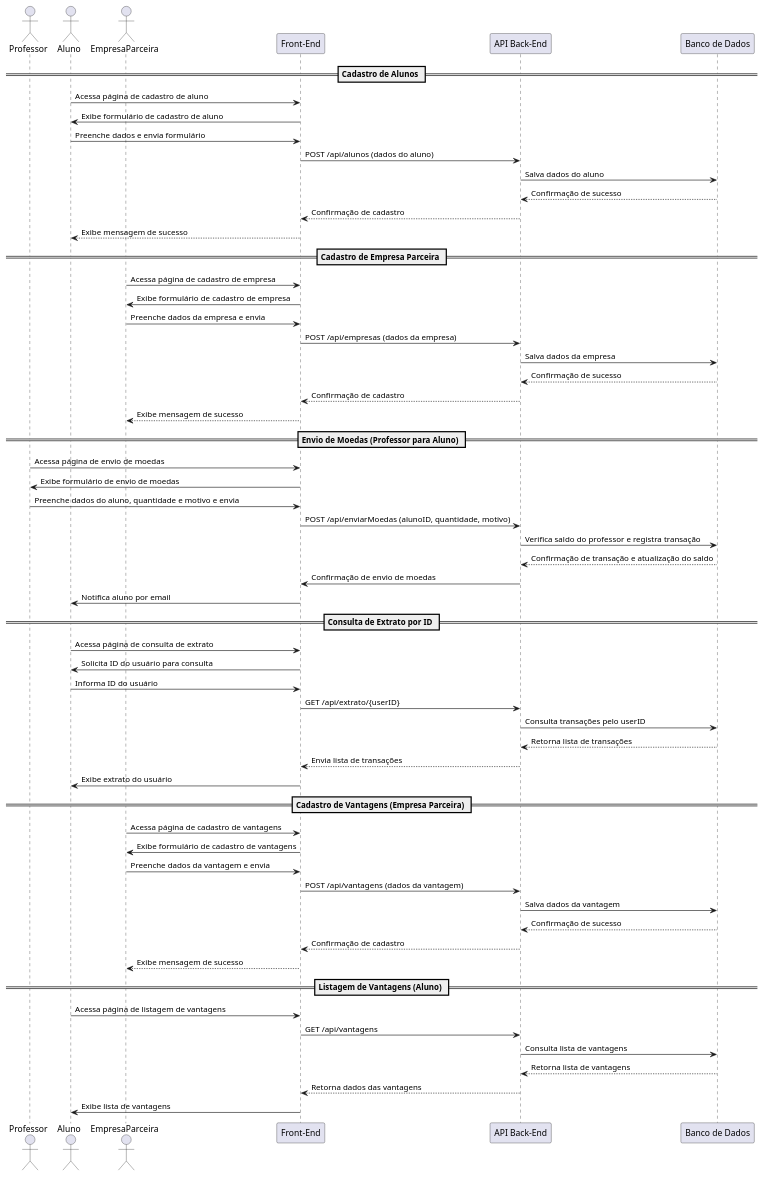
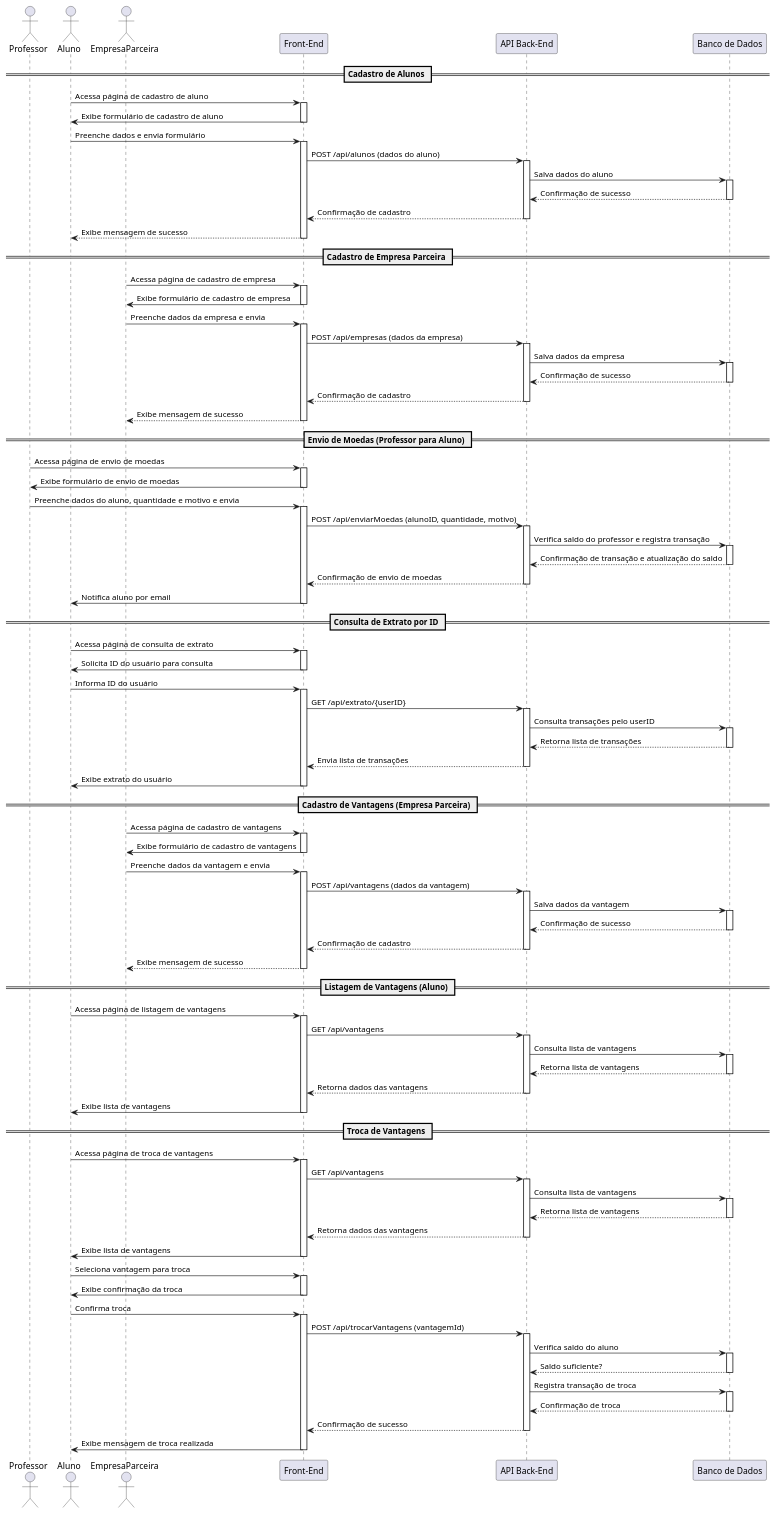
One commit to oarthurfc/LDS-3 changed the diagram in projects/sequenceDiagram.puml. Above: the diagram before and after it, drawn with PlantUML. The commit also changed 1 other file, not shown here.

Commit message:
diagramas de sequencias corridigidos e implementação do novo

```diff
--- a/projects/sequenceDiagram.puml
+++ b/projects/sequenceDiagram.puml
@@ -1,67 +1,148 @@
 @startuml
 actor Professor as P
 actor Aluno as A
 actor EmpresaParceira as EP
 participant "Front-End" as FE
 participant "API Back-End" as BE
 participant "Banco de Dados" as DB
 
 == Cadastro de Alunos ==
 A -> FE: Acessa página de cadastro de aluno
+activate FE
 FE -> A: Exibe formulário de cadastro de aluno
+deactivate FE
 A -> FE: Preenche dados e envia formulário
+activate FE
 FE -> BE: POST /api/alunos (dados do aluno)
+activate BE
 BE -> DB: Salva dados do aluno
+activate DB
 DB --> BE: Confirmação de sucesso
+deactivate DB
 BE --> FE: Confirmação de cadastro
+deactivate BE
 FE --> A: Exibe mensagem de sucesso
+deactivate FE
 
 == Cadastro de Empresa Parceira ==
 EP -> FE: Acessa página de cadastro de empresa
+activate FE
 FE -> EP: Exibe formulário de cadastro de empresa
+deactivate FE
 EP -> FE: Preenche dados da empresa e envia
+activate FE
 FE -> BE: POST /api/empresas (dados da empresa)
+activate BE
 BE -> DB: Salva dados da empresa
+activate DB
 DB --> BE: Confirmação de sucesso
+deactivate DB
 BE --> FE: Confirmação de cadastro
+deactivate BE
 FE --> EP: Exibe mensagem de sucesso
+deactivate FE
 
 == Envio de Moedas (Professor para Aluno) ==
 P -> FE: Acessa página de envio de moedas
+activate FE
 FE -> P: Exibe formulário de envio de moedas
+deactivate FE
 P -> FE: Preenche dados do aluno, quantidade e motivo e envia
+activate FE
 FE -> BE: POST /api/enviarMoedas (alunoID, quantidade, motivo)
+activate BE
 BE -> DB: Verifica saldo do professor e registra transação
+activate DB
 DB --> BE: Confirmação de transação e atualização do saldo
-BE -> FE: Confirmação de envio de moedas
+deactivate DB
+BE --> FE: Confirmação de envio de moedas
+deactivate BE
 FE -> A: Notifica aluno por email
+deactivate FE
 
 == Consulta de Extrato por ID ==
 A -> FE: Acessa página de consulta de extrato
+activate FE
 FE -> A: Solicita ID do usuário para consulta
+deactivate FE
 A -> FE: Informa ID do usuário
+activate FE
 FE -> BE: GET /api/extrato/{userID}
+activate BE
 BE -> DB: Consulta transações pelo userID
+activate DB
 DB --> BE: Retorna lista de transações
+deactivate DB
 BE --> FE: Envia lista de transações
+deactivate BE
 FE -> A: Exibe extrato do usuário
+deactivate FE
 
 == Cadastro de Vantagens (Empresa Parceira) ==
 EP -> FE: Acessa página de cadastro de vantagens
+activate FE
 FE -> EP: Exibe formulário de cadastro de vantagens
+deactivate FE
 EP -> FE: Preenche dados da vantagem e envia
+activate FE
 FE -> BE: POST /api/vantagens (dados da vantagem)
+activate BE
 BE -> DB: Salva dados da vantagem
+activate DB
 DB --> BE: Confirmação de sucesso
+deactivate DB
 BE --> FE: Confirmação de cadastro
+deactivate BE
 FE --> EP: Exibe mensagem de sucesso
+deactivate FE
 
 == Listagem de Vantagens (Aluno) ==
 A -> FE: Acessa página de listagem de vantagens
+activate FE
 FE -> BE: GET /api/vantagens
+activate BE
 BE -> DB: Consulta lista de vantagens
+activate DB
 DB --> BE: Retorna lista de vantagens
+deactivate DB
 BE --> FE: Retorna dados das vantagens
+deactivate BE
 FE -> A: Exibe lista de vantagens
+deactivate FE
+
+== Troca de Vantagens ==
+A -> FE: Acessa página de troca de vantagens
+activate FE
+FE -> BE: GET /api/vantagens
+activate BE
+BE -> DB: Consulta lista de vantagens
+activate DB
+DB --> BE: Retorna lista de vantagens
+deactivate DB
+BE --> FE: Retorna dados das vantagens
+deactivate BE
+FE -> A: Exibe lista de vantagens
+deactivate FE
+
+A -> FE: Seleciona vantagem para troca
+activate FE
+FE -> A: Exibe confirmação da troca
+deactivate FE
+A -> FE: Confirma troca
+activate FE
+FE -> BE: POST /api/trocarVantagens (vantagemId)
+activate BE
+BE -> DB: Verifica saldo do aluno
+activate DB
+DB --> BE: Saldo suficiente?
+deactivate DB
+BE -> DB: Registra transação de troca
+activate DB
+DB --> BE: Confirmação de troca
+ deactivate DB
+ BE --> FE: Confirmação de sucesso
+ deactivate BE
+ FE -> A: Exibe mensagem de troca realizada
+ deactivate FE
 
 @enduml
```
